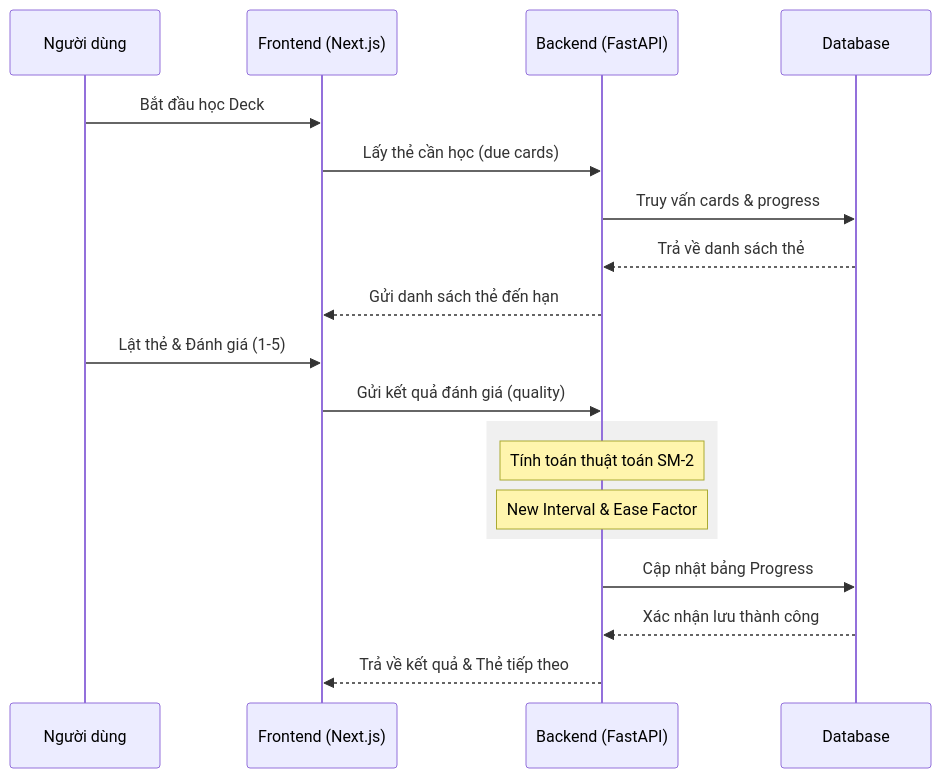
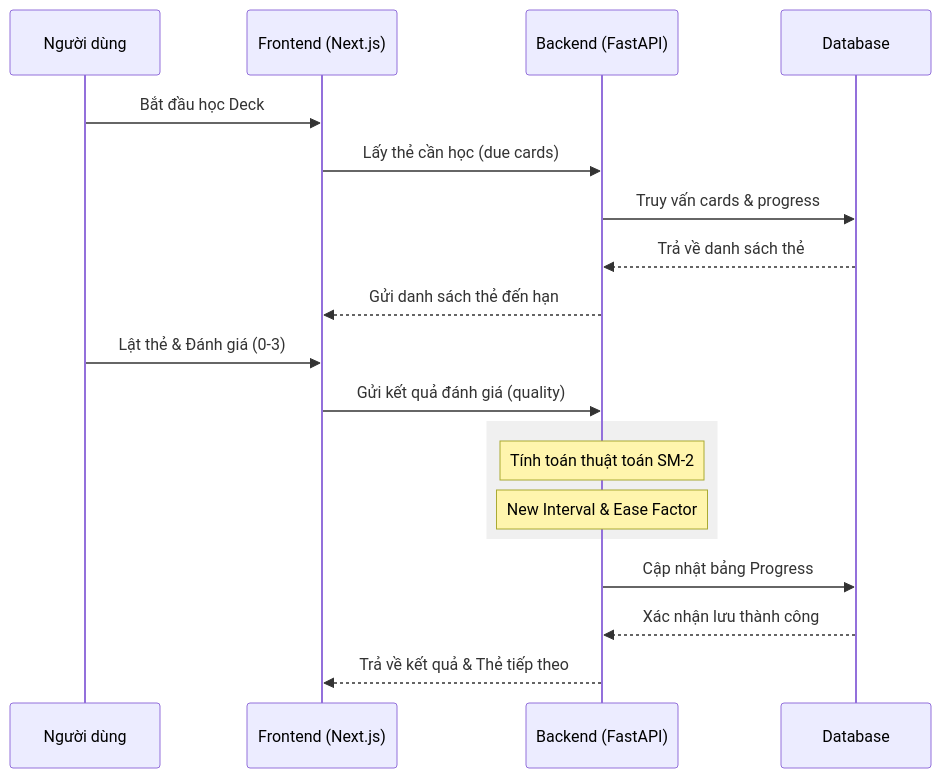
The third of 4 diagrams in docs/diagrams.md (buicaochinh/VinUni-Memio-Flashcard), drawn with Mermaid before and after one commit. The commit also changed other lines of this file and 5 other files, not shown here.

First line of the commit message:
docs: normalize diagrams and add docs index

````diff
--- a/docs/diagrams.md
+++ b/docs/diagrams.md
@@ -72,22 +72,22 @@
 ```mermaid
 sequenceDiagram
     participant U as Người dùng
     participant F as Frontend (Next.js)
     participant B as Backend (FastAPI)
     participant D as Database
 
     U->>F: Bắt đầu học Deck
     F->>B: Lấy thẻ cần học (due cards)
     B->>D: Truy vấn cards & progress
     D-->>B: Trả về danh sách thẻ
     B-->>F: Gửi danh sách thẻ đến hạn
-    U->>F: Lật thẻ & Đánh giá (1-5)
+    U->>F: Lật thẻ & Đánh giá (0-3)
     F->>B: Gửi kết quả đánh giá (quality)
     rect rgb(240, 240, 240)
         Note over B: Tính toán thuật toán SM-2
         Note over B: New Interval & Ease Factor
     end
     B->>D: Cập nhật bảng Progress
     D-->>B: Xác nhận lưu thành công
     B-->>F: Trả về kết quả & Thẻ tiếp theo
 ```
````
